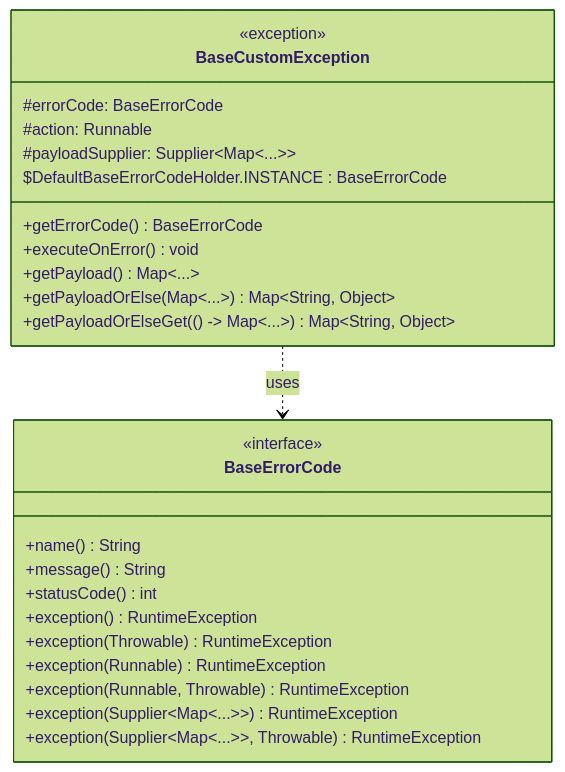
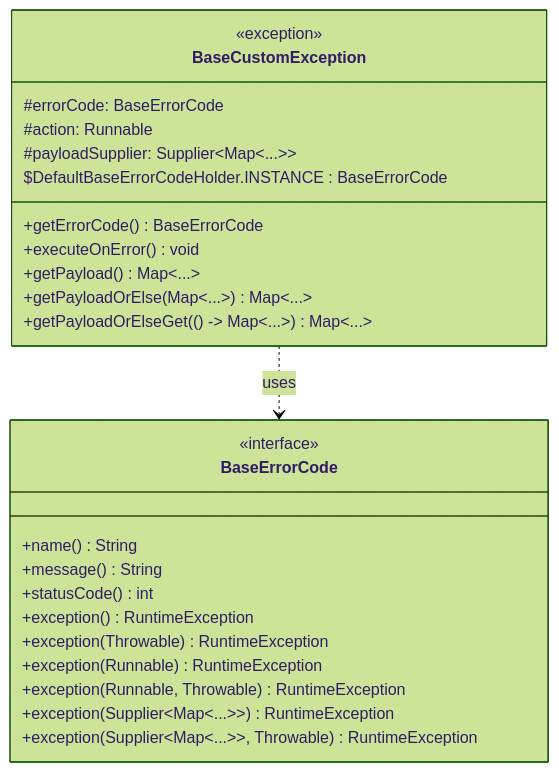
Before and after one commit to merge-simpson/letsdev-error-code-api: the second of 3 diagrams in README.md, drawn with Mermaid.

Commit message:
docs(readme): shorten generic type variables of map (mermaid)

````diff
--- a/README.md
+++ b/README.md
@@ -50,49 +50,49 @@
 ```mermaid
 %%{init: {"theme": "forest", "themeVariables": {"fontFamily": "Comic Sans MS"}}}%%
 classDiagram
 %% 클래스 목록
     class BaseErrorCode {
         <<interface>>
         +name() String
         +message() String
         +statusCode() int
         +exception() RuntimeException
         +exception(Throwable) RuntimeException
         +exception(Runnable) RuntimeException
         +exception(Runnable, Throwable) RuntimeException
         +exception(Supplier&lt;Map&lt;...>>) RuntimeException
         +exception(Supplier&lt;Map&lt;...>>, Throwable) RuntimeException
     }
 
     class BaseCustomException {
         <<exception>>
         #errorCode: BaseErrorCode
         #action: Runnable
         #payloadSupplier: Supplier&lt;Map&lt;...>>
         $DefaultBaseErrorCodeHolder.INSTANCE : BaseErrorCode
         
 %%        +BaseCustomException()
 %%        +BaseCustomException(message: String)
 %%        +BaseCustomException(message: String, cause: Throwable)
 %%        +BaseCustomException(errorCode: BaseErrorCode)
 %%        +BaseCustomException(errorCode: BaseErrorCode, cause: Throwable)
 %%        +BaseCustomException(errorCode: BaseErrorCode, action: Runnable)
 %%        +BaseCustomException(errorCode: BaseErrorCode, action: Runnable, cause: Throwable)
 %%        +BaseCustomException(errorCode: BaseErrorCode, payloadSupplier: Supplier&lt;Map&lt;String,Object>>)
 %%        +BaseCustomException(errorCode: BaseErrorCode, payloadSupplier: Supplier&lt;Map&lt;String,Object>>, cause: Throwable)
         
         +getErrorCode() BaseErrorCode
         +executeOnError() void
         +getPayload() Map&lt;...>
-        +getPayloadOrElse(Map&lt;...>) Map&lt;String, Object>
-        +getPayloadOrElseGet(() -> Map&lt;...>) Map&lt;String, Object>
+        +getPayloadOrElse(Map&lt;...>) Map&lt;...>
+        +getPayloadOrElseGet(() -> Map&lt;...>) Map&lt;...>
     }
 
 %%    class DefaultBaseErrorCodeHolder {
 %%        <<private>>
 %%        -INSTANCE : BaseErrorCode
 %%    }
 
 %% 관계 표현
     BaseCustomException ..> BaseErrorCode : uses
 ```
````
